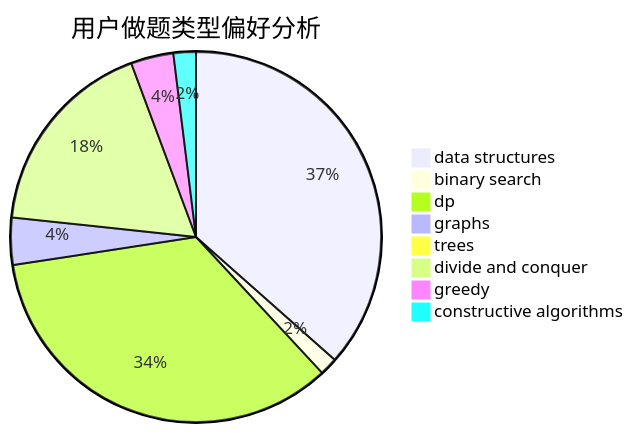
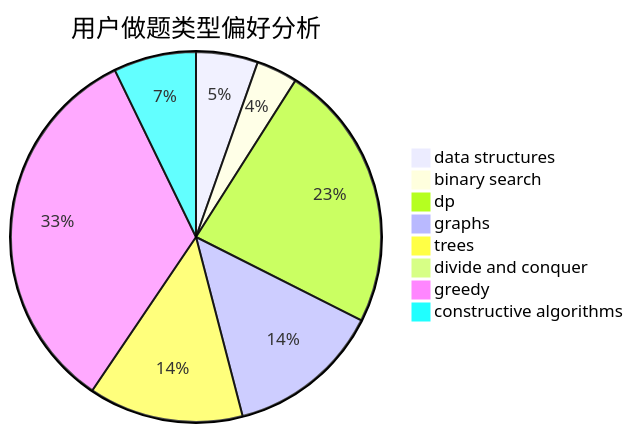
One commit to sherpahu/cfrs.github.io changed the second of 3 diagrams in docs/user/u786.md. Above: the diagram before and after it, drawn with Mermaid. The commit also changed other lines of this file and 2770 other files, not shown here.

````diff
--- a/docs/user/u786.md
+++ b/docs/user/u786.md
@@ -23,11 +23,11 @@
 ```mermaid
 pie title 用户做题类型偏好分析
-    "data structures" :  373
-    "binary search" :  16
-    "dp" :  352
-    "graphs" :  42
-    "trees" :  0
-    "divide and conquer" :  180
-    "greedy" :  38
-    "constructive algorithms" :  20
+    "data structures" :  6
+    "binary search" :  4
+    "dp" :  26
+    "graphs" :  15
+    "trees" :  15
+    "divide and conquer" :  0
+    "greedy" :  37
+    "constructive algorithms" :  8
 ```
````
